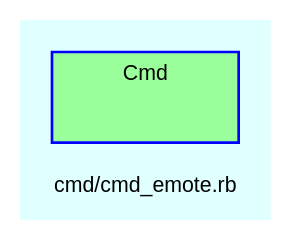
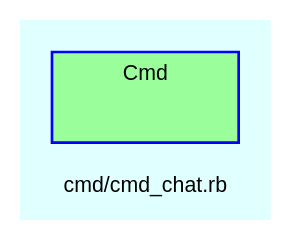
One commit to Tyche/teensymud changed the diagram in doc/dot/f_12.dot. Above: the diagram before and after it, drawn with Graphviz. The commit also changed 127 other files, not shown here.

```diff
--- a/doc/dot/f_12.dot
+++ b/doc/dot/f_12.dot
@@ -1,29 +1,29 @@
 digraph TopLevel {
     compound = true
     bgcolor = lightcyan1
     fontname = Arial
     fontsize = 8
-    label = "cmd/cmd_emote.rb"
+    label = "cmd/cmd_chat.rb"
     node [
         fontname = Arial,
         fontsize = 8,
         color = black
     ]
 
     subgraph cluster_Cmd {
         fillcolor = palegreen1
         URL = "classes/Cmd.html"
         fontname = Arial
         color = blue
         label = "Cmd"
         style = filled
         Cmd [
             shape = plaintext,
             height = 0.01,
             width = 0.75,
             label = ""
         ]
 
     }
 
 }
```
